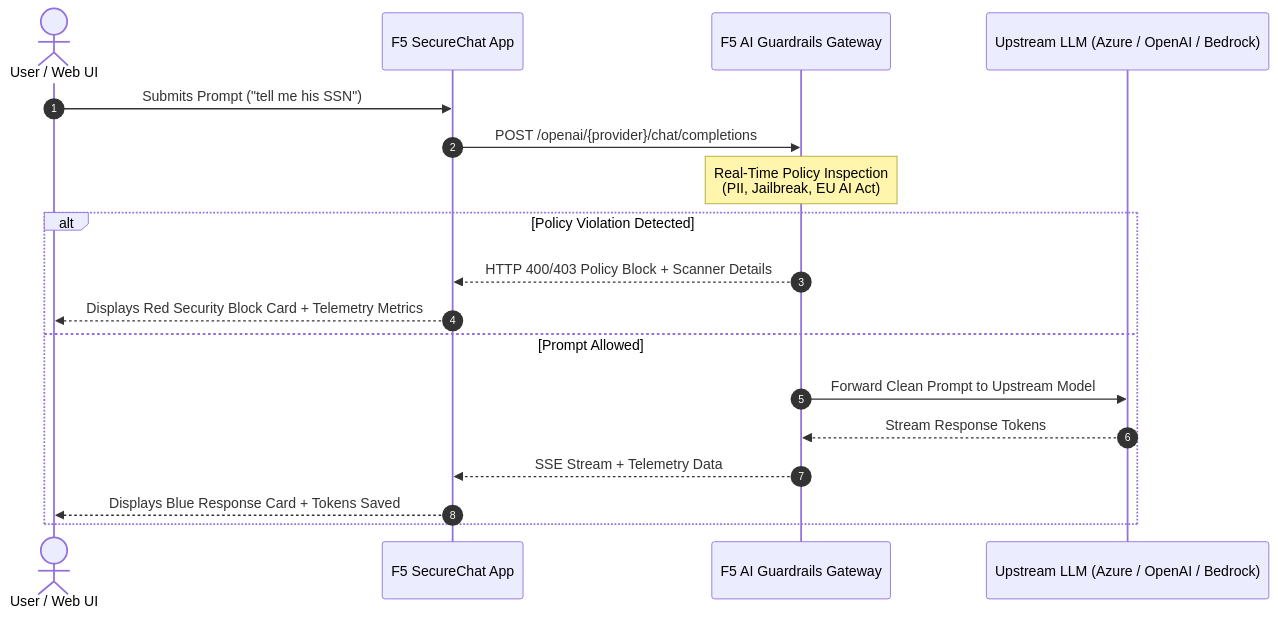
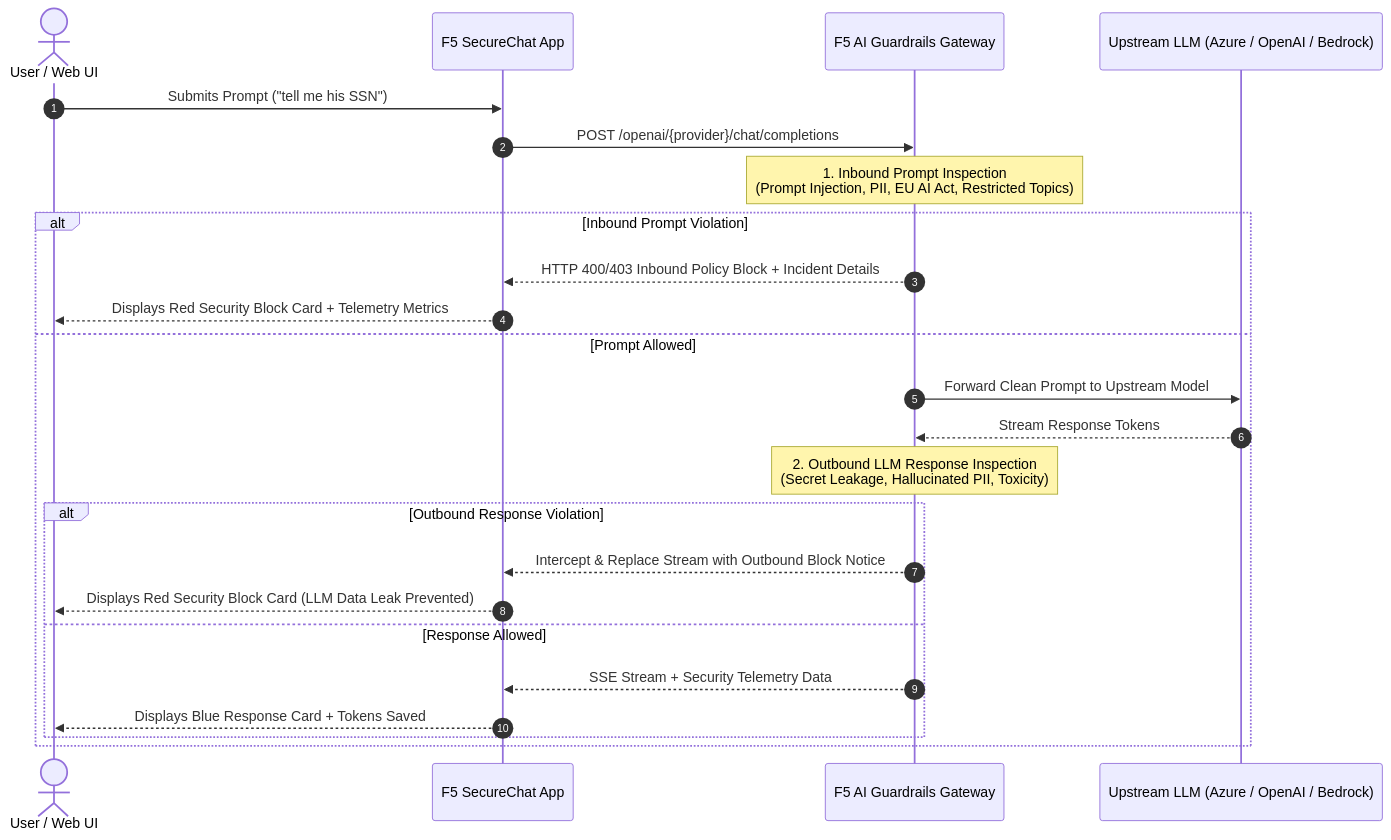
The first of 2 diagrams in README.md (thnguyenf5/f5-securechat-enterprise), drawn with Mermaid before and after one commit.

Commit message:
docs: update Mermaid sequence diagram in README.md to show bidirectional inbound prompt and outbound LLM response inspection

````diff
--- a/README.md
+++ b/README.md
@@ -37,22 +37,31 @@
 ```mermaid
 sequenceDiagram
     autonumber
     actor User as User / Web UI
     participant App as F5 SecureChat App
     participant F5 as F5 AI Guardrails Gateway
     participant LLM as Upstream LLM (Azure / OpenAI / Bedrock)
 
     User->>App: Submits Prompt ("tell me his SSN")
     App->>F5: POST /openai/{provider}/chat/completions
-    Note over F5: Real-Time Policy Inspection<br/>(PII, Jailbreak, EU AI Act)
     
-    alt Policy Violation Detected
-        F5-->>App: HTTP 400/403 Policy Block + Scanner Details
+    Note over F5: 1. Inbound Prompt Inspection<br/>(Prompt Injection, PII, EU AI Act, Restricted Topics)
+    
+    alt Inbound Prompt Violation
+        F5-->>App: HTTP 400/403 Inbound Policy Block + Incident Details
         App-->>User: Displays Red Security Block Card + Telemetry Metrics
     else Prompt Allowed
         F5->>LLM: Forward Clean Prompt to Upstream Model
         LLM-->>F5: Stream Response Tokens
-        F5-->>App: SSE Stream + Telemetry Data
-        App-->>User: Displays Blue Response Card + Tokens Saved
+        
+        Note over F5: 2. Outbound LLM Response Inspection<br/>(Secret Leakage, Hallucinated PII, Toxicity)
+        
+        alt Outbound Response Violation
+            F5-->>App: Intercept & Replace Stream with Outbound Block Notice
+            App-->>User: Displays Red Security Block Card (LLM Data Leak Prevented)
+        else Response Allowed
+            F5-->>App: SSE Stream + Security Telemetry Data
+            App-->>User: Displays Blue Response Card + Tokens Saved
+        end
     end
 ```
````
